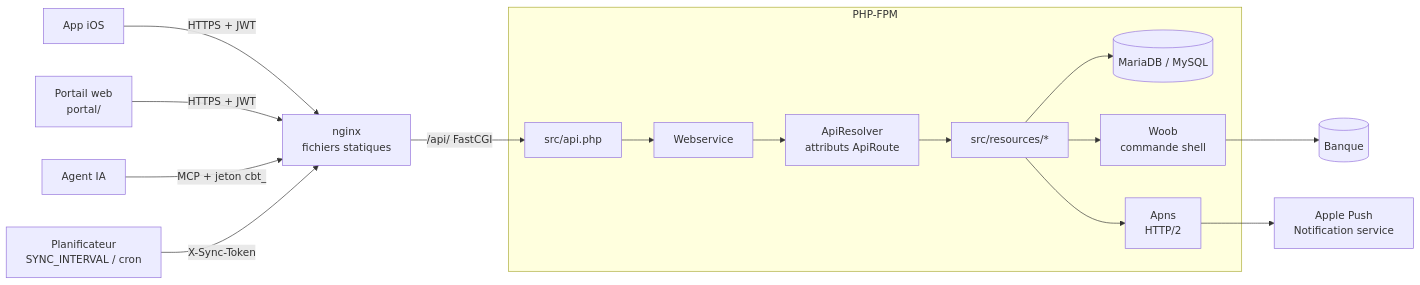
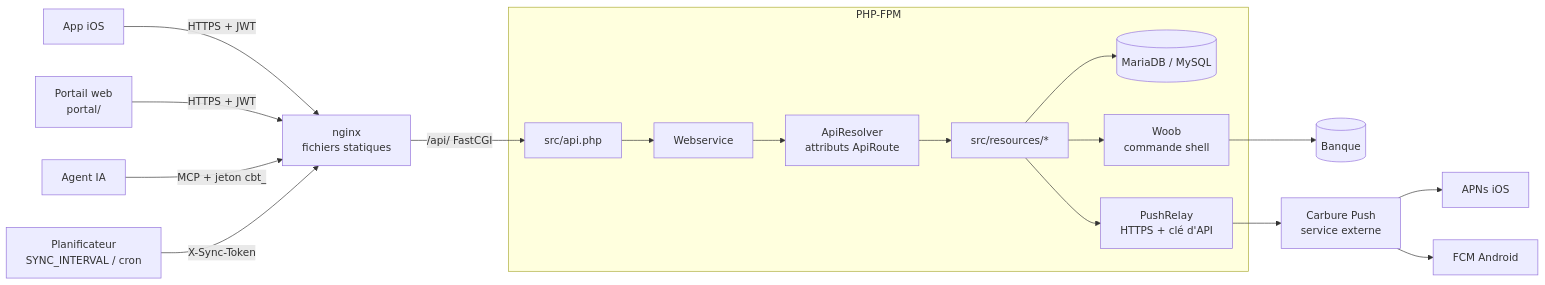
The first of 4 diagrams in docs/architecture.md (ltoinel/Carbure), drawn with Mermaid before and after one commit. The commit also changed other lines of this file and 57 other files, not shown here.

First line of the commit message:
feat(api): send the push notifications through the Carbure Push relay

````diff
--- a/docs/architecture.md
+++ b/docs/architecture.md
@@ -11,18 +11,20 @@
 ```mermaid
 flowchart LR
     ios[App iOS] -->|HTTPS + JWT| nginx
     portal["Portail web<br/>portal/"] -->|HTTPS + JWT| nginx
     agent[Agent IA] -->|MCP + jeton cbt_| nginx
     cron[Planificateur<br/>SYNC_INTERVAL / cron] -->|X-Sync-Token| nginx
     nginx[nginx<br/>fichiers statiques] -->|/api/ FastCGI| api
     subgraph serveur[PHP-FPM]
         api["src/api.php"] --> ws[Webservice]
         ws --> resolver["ApiResolver<br/>attributs ApiRoute"]
         resolver --> res["src/resources/*"]
         res --> db[(MariaDB / MySQL)]
         res --> woob[Woob<br/>commande shell]
-        res --> apns[Apns<br/>HTTP/2]
+        res --> relay[PushRelay<br/>HTTPS + clé d'API]
     end
     woob --> banque[(Banque)]
-    apns --> apple[Apple Push<br/>Notification service]
+    relay --> push[Carbure Push<br/>service externe]
+    push --> apple[APNs iOS]
+    push --> fcm[FCM Android]
 ```
````
